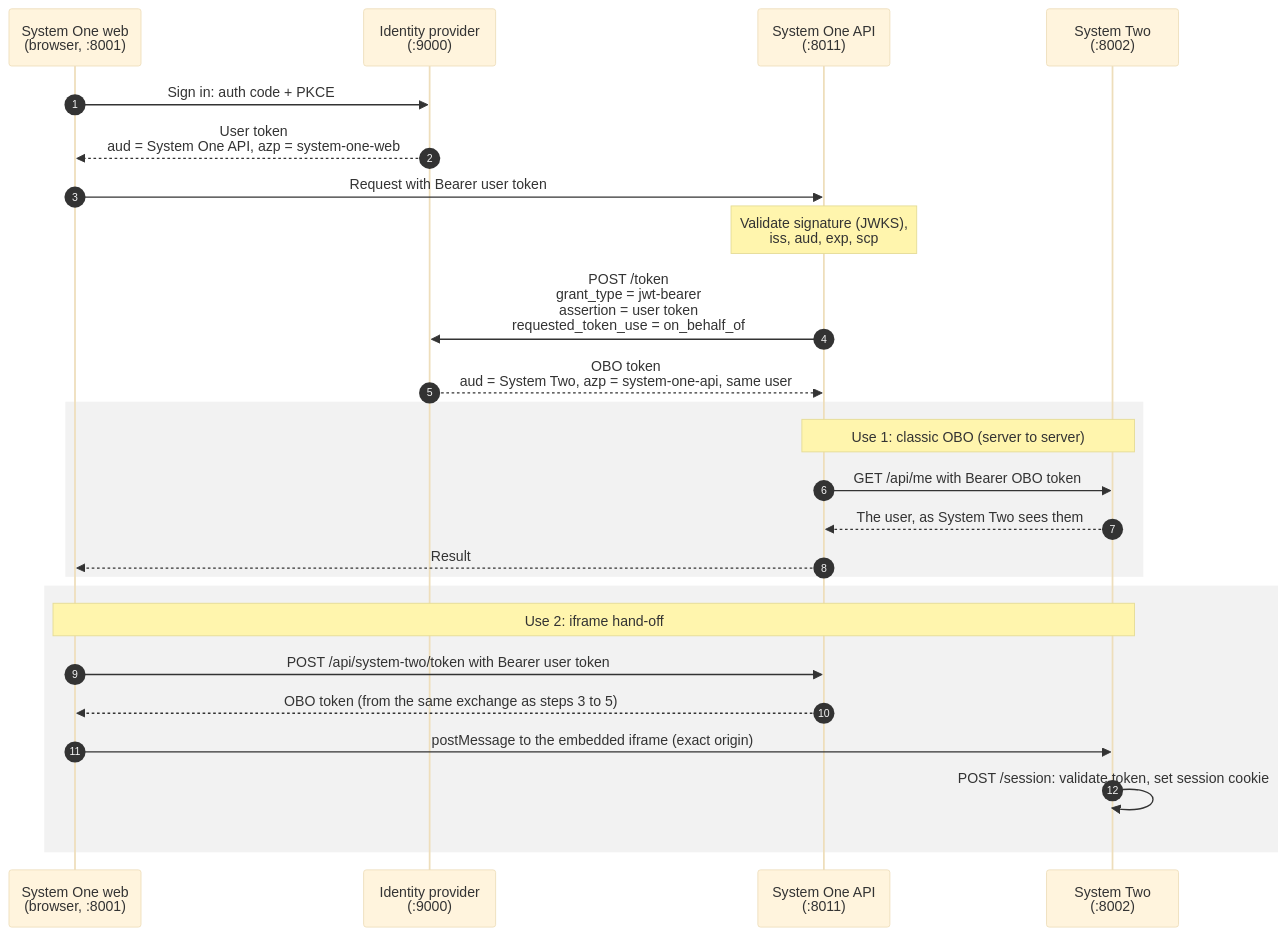
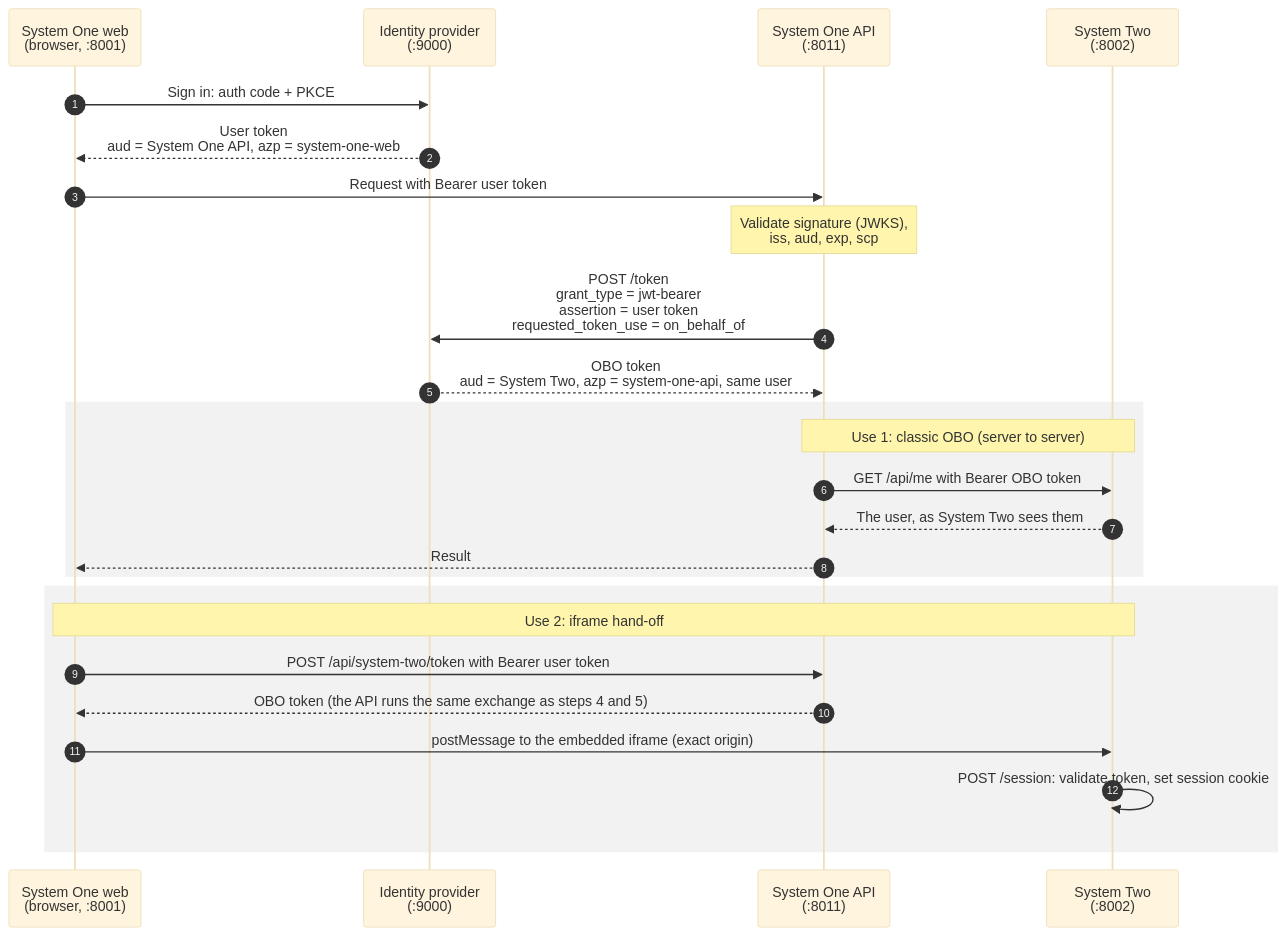
The diagram in README.md (richardmcgarrigle/OBO-Auth-Test), drawn with Mermaid (base theme) before and after one commit.

Commit message:
README: correct the iframe token step in the diagram

````diff
--- a/README.md
+++ b/README.md
@@ -129,32 +129,32 @@
 ```mermaid
 sequenceDiagram
     autonumber
     participant SPA as System One web<br/>(browser, :8001)
     participant IdP as Identity provider<br/>(:9000)
     participant API as System One API<br/>(:8011)
     participant S2 as System Two<br/>(:8002)
 
     SPA->>IdP: Sign in: auth code + PKCE
     IdP-->>SPA: User token<br/>aud = System One API, azp = system-one-web
 
     SPA->>API: Request with Bearer user token
     Note over API: Validate signature (JWKS),<br/>iss, aud, exp, scp
 
     API->>IdP: POST /token<br/>grant_type = jwt-bearer<br/>assertion = user token<br/>requested_token_use = on_behalf_of
     IdP-->>API: OBO token<br/>aud = System Two, azp = system-one-api, same user
 
     rect rgba(127, 127, 127, 0.1)
     Note over API,S2: Use 1: classic OBO (server to server)
     API->>S2: GET /api/me with Bearer OBO token
     S2-->>API: The user, as System Two sees them
     API-->>SPA: Result
     end
 
     rect rgba(127, 127, 127, 0.1)
     Note over SPA,S2: Use 2: iframe hand-off
     SPA->>API: POST /api/system-two/token with Bearer user token
-    API-->>SPA: OBO token (from the same exchange as steps 3 to 5)
+    API-->>SPA: OBO token (the API runs the same exchange as steps 4 and 5)
     SPA->>S2: postMessage to the embedded iframe (exact origin)
     S2->>S2: POST /session: validate token, set session cookie
     end
 ```
````
